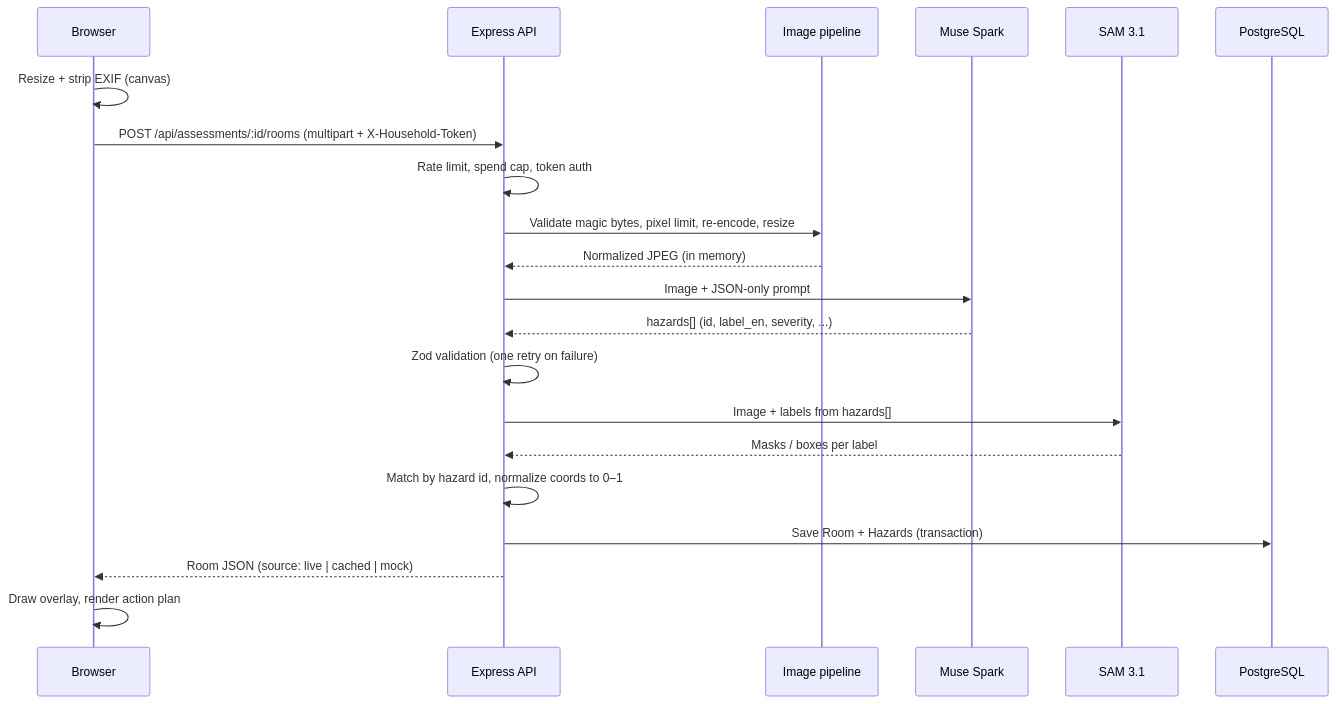
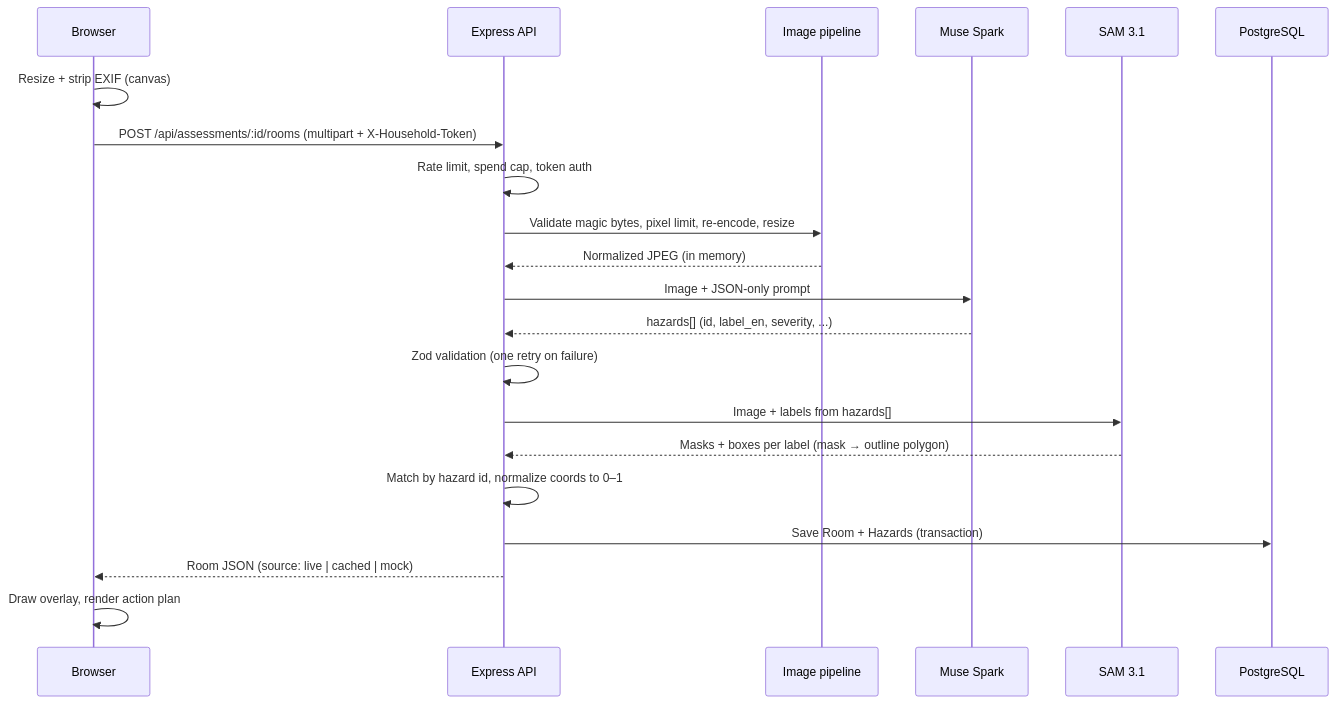
One commit to KarlaPocasangre/aegis-home changed the second of 2 diagrams in docs/ARCHITECTURE.md. Above: the diagram before and after it, drawn with Mermaid. The commit also changed 8 other files, not shown here.

Commit message:
feat(ai): outline hazards with sam 3.1 masks

````diff
--- a/docs/ARCHITECTURE.md
+++ b/docs/ARCHITECTURE.md
@@ -143,24 +143,24 @@
 ```mermaid
 sequenceDiagram
     participant U as Browser
     participant A as Express API
     participant P as Image pipeline
     participant S as Muse Spark
     participant M as SAM 3.1
     participant D as PostgreSQL
 
     U->>U: Resize + strip EXIF (canvas)
     U->>A: POST /api/assessments/:id/rooms (multipart + X-Household-Token)
     A->>A: Rate limit, spend cap, token auth
     A->>P: Validate magic bytes, pixel limit, re-encode, resize
     P-->>A: Normalized JPEG (in memory)
     A->>S: Image + JSON-only prompt
     S-->>A: hazards[] (id, label_en, severity, ...)
     A->>A: Zod validation (one retry on failure)
     A->>M: Image + labels from hazards[]
-    M-->>A: Masks / boxes per label
+    M-->>A: Masks + boxes per label (mask → outline polygon)
     A->>A: Match by hazard id, normalize coords to 0–1
     A->>D: Save Room + Hazards (transaction)
     A-->>U: Room JSON (source: live | cached | mock)
     U->>U: Draw overlay, render action plan
 ```
````
